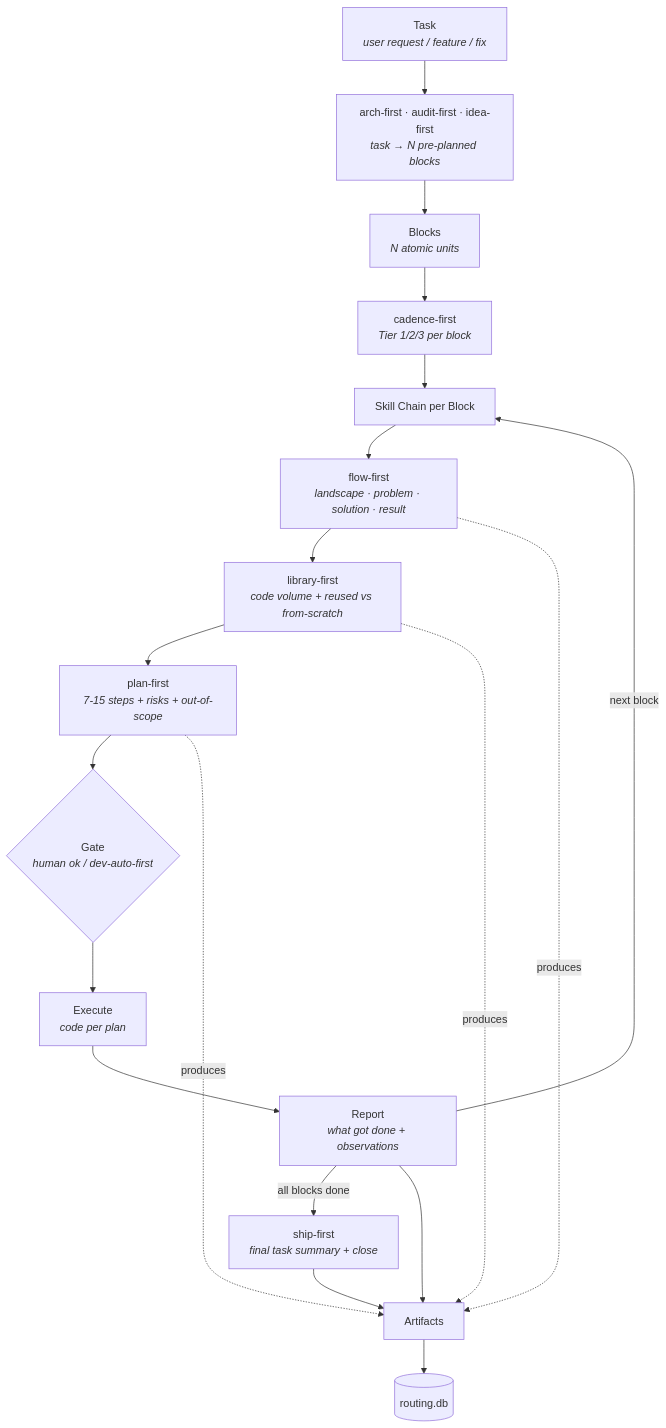
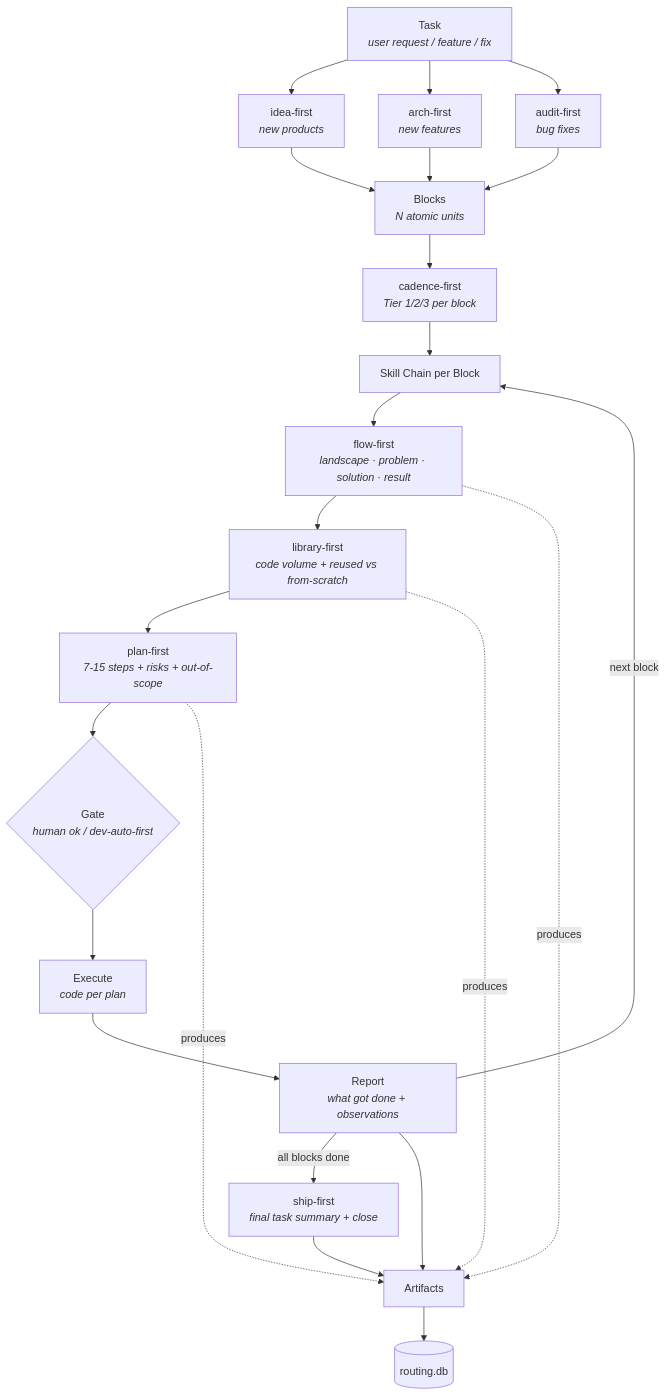
One commit to bearded-illirian/trailmark changed the diagram in README.md. Above: the diagram before and after it, drawn with Mermaid. The commit also changed other lines of this file and 1 other file, not shown here.

````diff
--- a/README.md
+++ b/README.md
@@ -182,22 +184,26 @@
 ```mermaid
 graph TD
     T["Task<br/><i>user request / feature / fix</i>"]
-    T --> DS["arch-first · audit-first · idea-first<br/><i>task → N pre-planned blocks</i>"]
-    DS --> B["Blocks<br/><i>N atomic units</i>"]
+    T --> IF["idea-first<br/><i>new products</i>"]
+    T --> AF["arch-first<br/><i>new features</i>"]
+    T --> AUD["audit-first<br/><i>bug fixes</i>"]
+    IF --> B["Blocks<br/><i>N atomic units</i>"]
+    AF --> B
+    AUD --> B
     B --> CD["cadence-first<br/><i>Tier 1/2/3 per block</i>"]
     CD --> C[Skill Chain per Block]
     C --> F["flow-first<br/><i>landscape · problem · solution · result</i>"]
     F --> L["library-first<br/><i>code volume + reused vs from-scratch</i>"]
     L --> P["plan-first<br/><i>7-15 steps + risks + out-of-scope</i>"]
     P --> G{"Gate<br/><i>human ok / dev-auto-first</i>"}
     G --> E["Execute<br/><i>code per plan</i>"]
     E --> R["Report<br/><i>what got done + observations</i>"]
     R -->|next block| C
     R -->|all blocks done| SF["ship-first<br/><i>final task summary + close</i>"]
     R --> A[Artifacts]
     SF --> A
     A --> DB[(routing.db)]
     F -.produces.-> A
     L -.produces.-> A
     P -.produces.-> A
 ```
````
